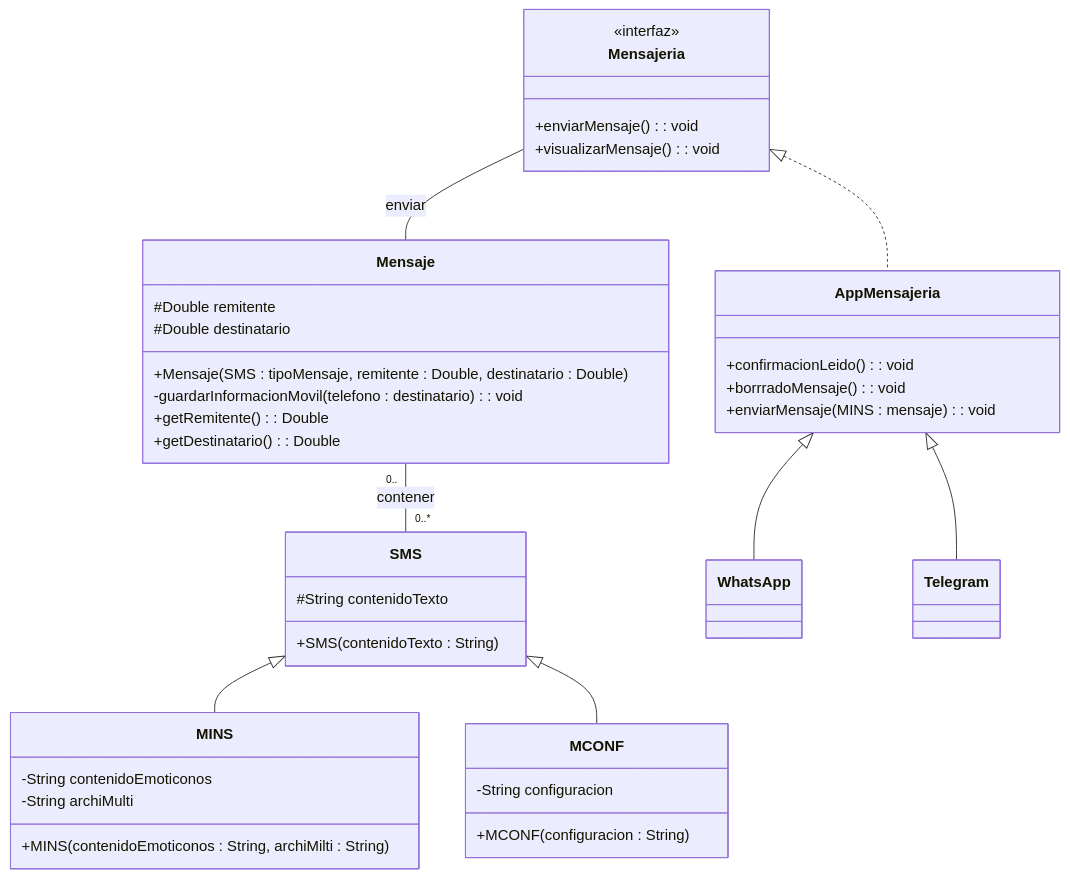
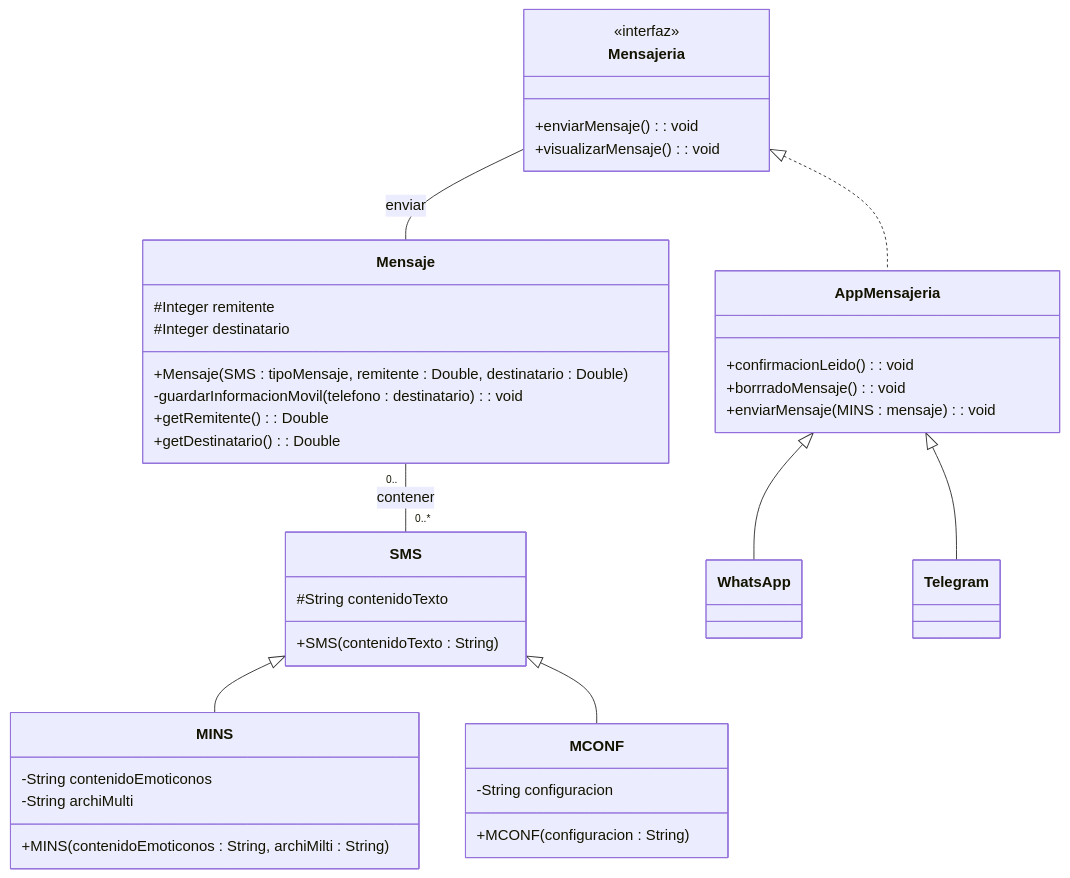
The diagram in EEDD/Eva4.1/Ejercicio3.md (savamidev/MiguelSanchez-1DAW), drawn with Mermaid before and after one commit. The commit also changed 4 other files, not shown here.

````diff
--- a/EEDD/Eva4.1/Ejercicio3.md
+++ b/EEDD/Eva4.1/Ejercicio3.md
@@ -1,60 +1,60 @@
 ```mermaid
     classDiagram
 
     class Mensajeria{
     <<interfaz>>
     +enviarMensaje() : void
     +visualizarMensaje() : void
     }
 
 
     class Mensaje {
-    #Double remitente
-    #Double destinatario
+    #Integer remitente
+    #Integer destinatario
     +Mensaje(SMS : tipoMensaje, remitente : Double, destinatario : Double)
     -guardarInformacionMovil(telefono : destinatario) : void
     +getRemitente() : Double
     +getDestinatario() : Double
     }
     
     class SMS {
     #String contenidoTexto
     +SMS(contenidoTexto : String)
     }
 
     class MINS {
     -String contenidoEmoticonos
     -String archiMulti
     +MINS(contenidoEmoticonos : String, archiMilti : String)
     }
 
     class MCONF {
     -String configuracion
     +MCONF(configuracion : String)
     }
 
 
     class AppMensajeria {
     +confirmacionLeido() : void
     +borrradoMensaje() : void
     +enviarMensaje(MINS : mensaje) : void
     }
     
     
     class WhatsApp {
     
     }
 
     class Telegram {
 
     }
 
 
     Mensajeria -- Mensaje : enviar
     Mensaje "0.." -- "0..*" SMS : contener
     SMS  <|--  MINS
     SMS  <|--  MCONF
     Mensajeria <|.. AppMensajeria
     AppMensajeria <|-- WhatsApp
     AppMensajeria <|-- Telegram
 ```
````
